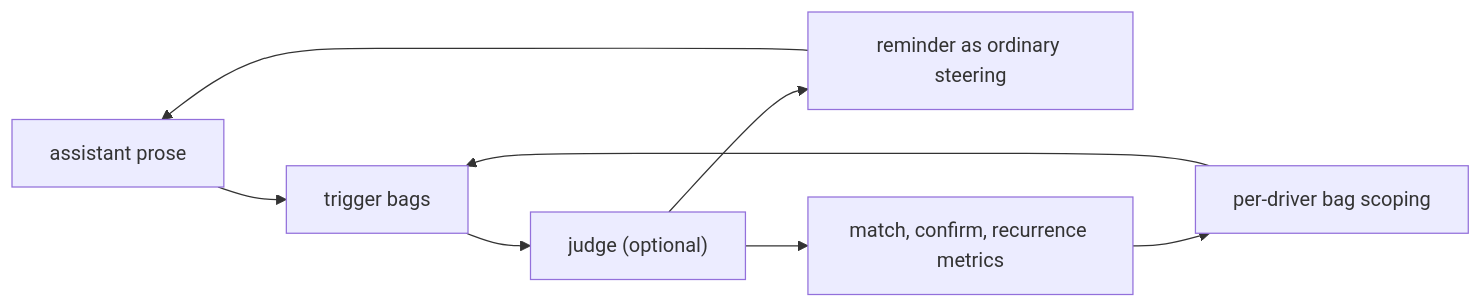
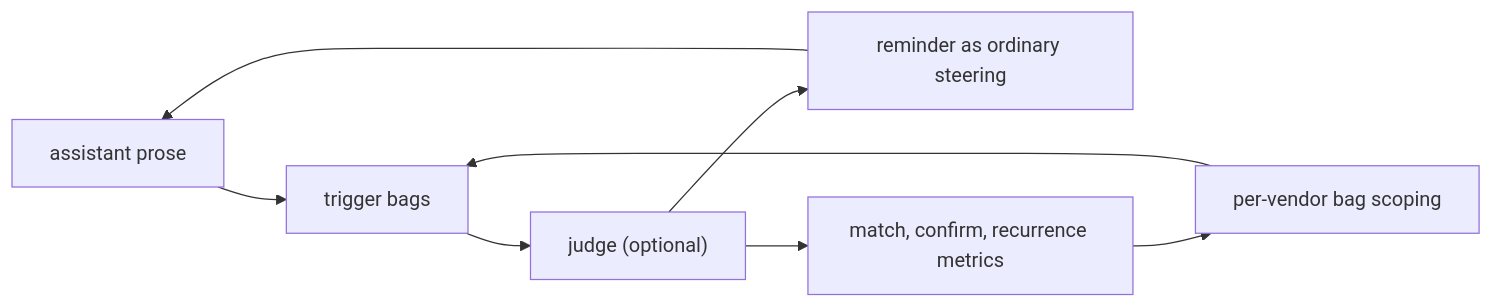
Before and after one commit to infimalabs/spice-rust: the second of 14 diagrams in docs/product/model/boundaries.md, drawn with Mermaid. The commit also changed other lines of this file and 71 other files, not shown here.

````diff
--- a/docs/product/model/boundaries.md
+++ b/docs/product/model/boundaries.md
@@ -24,10 +24,10 @@
 ```mermaid
 flowchart LR
   P["assistant prose"] --> T["trigger bags"]
   T --> J["judge (optional)"]
   J --> S["reminder as ordinary steering"]
   S --> P
   J --> M["match, confirm, recurrence metrics"]
-  M --> SC["per-driver bag scoping"]
+  M --> SC["per-vendor bag scoping"]
   SC --> T
 ```
````
